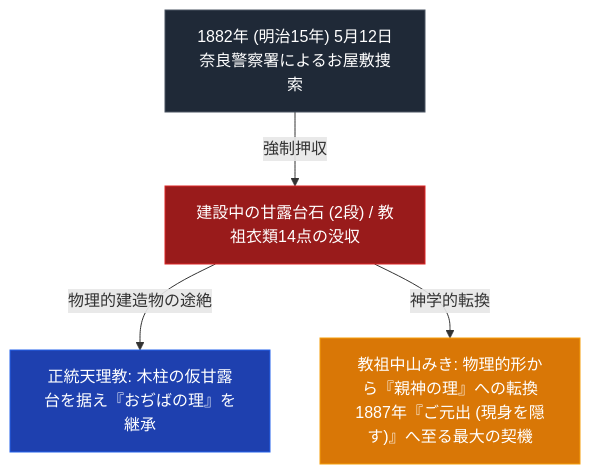
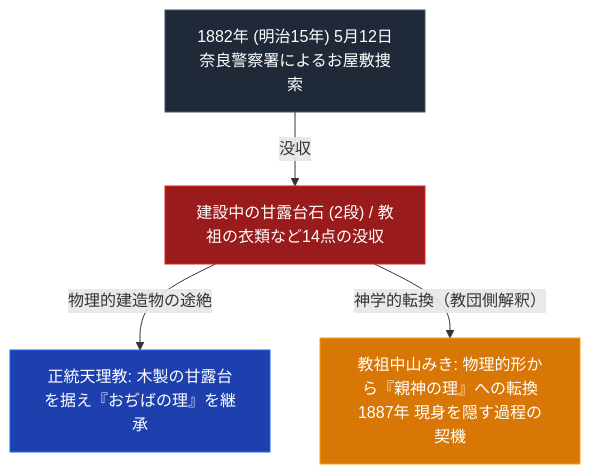
The diagram in content/01_宗派・異端研究/10_概念・原典・事件・拠点/明治15年甘露台石没収事件.md (iida-masashi/religion-garden), drawn with Mermaid before and after one commit. The commit also changed other lines of this file and 251 other files, not shown here.

````diff
--- a/content/01_宗派・異端研究/10_概念・原典・事件・拠点/明治15年甘露台石没収事件.md
+++ b/content/01_宗派・異端研究/10_概念・原典・事件・拠点/明治15年甘露台石没収事件.md
@@ -25,12 +25,12 @@
 ```mermaid
 graph TD
-    A["<div style='color:#ffffff;'>1882年 (明治15年) 5月12日<br>奈良警察署によるお屋敷捜索</div>"] -->|強制押収| B["<div style='color:#ffffff;'>建設中の甘露台石 (2段) / 教祖衣類14点の没収</div>"]
+    A["<div style='color:#ffffff;'>1882年 (明治15年) 5月12日<br>奈良警察署によるお屋敷捜索</div>"] -->|没収| B["<div style='color:#ffffff;'>建設中の甘露台石 (2段) / 教祖の衣類など14点の没収</div>"]
     
-    B -->|物理的建造物の途絶| C1["<div style='color:#ffffff;'>正統天理教: 木柱の仮甘露台を据え『おぢばの理』を継承</div>"]
-    B -->|神学的転換| C2["教祖中山みき: 物理的形から『親神の理』への転換<br>1887年『ご元出 (現身を隠す)』へ至る最大の契機"]
+    B -->|物理的建造物の途絶| C1["<div style='color:#ffffff;'>正統天理教: 木製の甘露台を据え『おぢばの理』を継承</div>"]
+    B -->|神学的転換（教団側解釈）| C2["教祖中山みき: 物理的形から『親神の理』への転換<br>1887年 現身を隠す過程の契機"]
     
     style A fill:#1f2937,stroke:#4b5563,color:#fff
     style B fill:#991b1b,stroke:#dc2626,color:#fff
     style C1 fill:#1e40af,stroke:#2563eb,color:#fff
     style C2 fill:#d97706,stroke:#f59e0b,color:#fff
 ```
````
